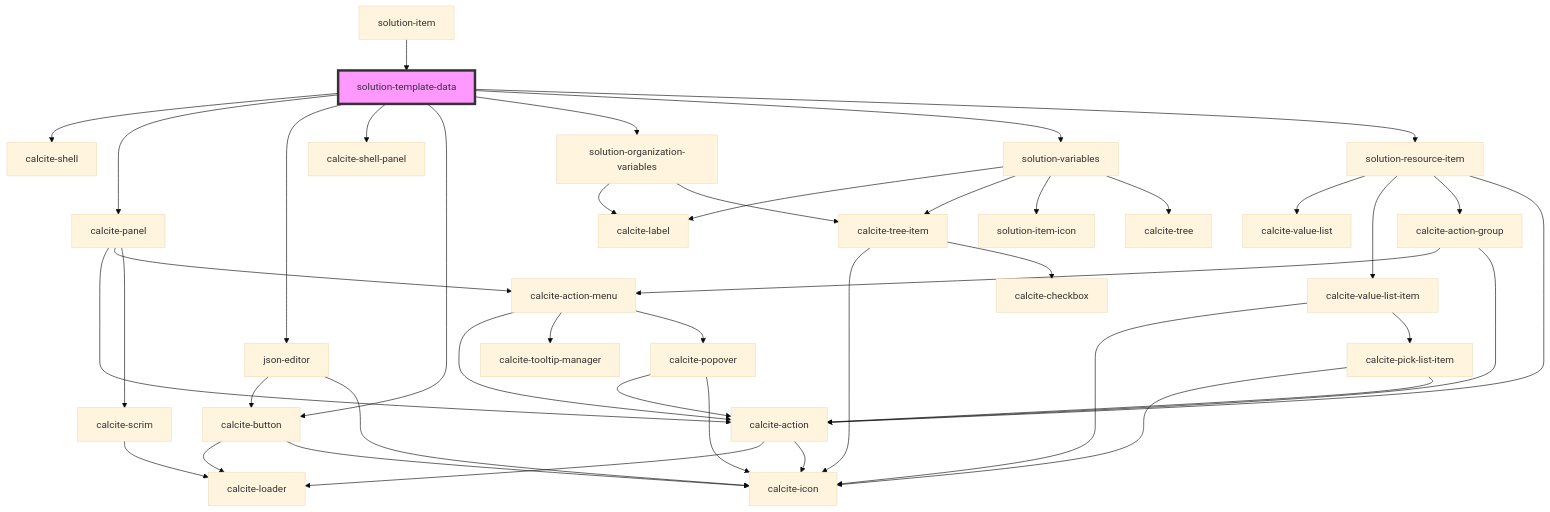
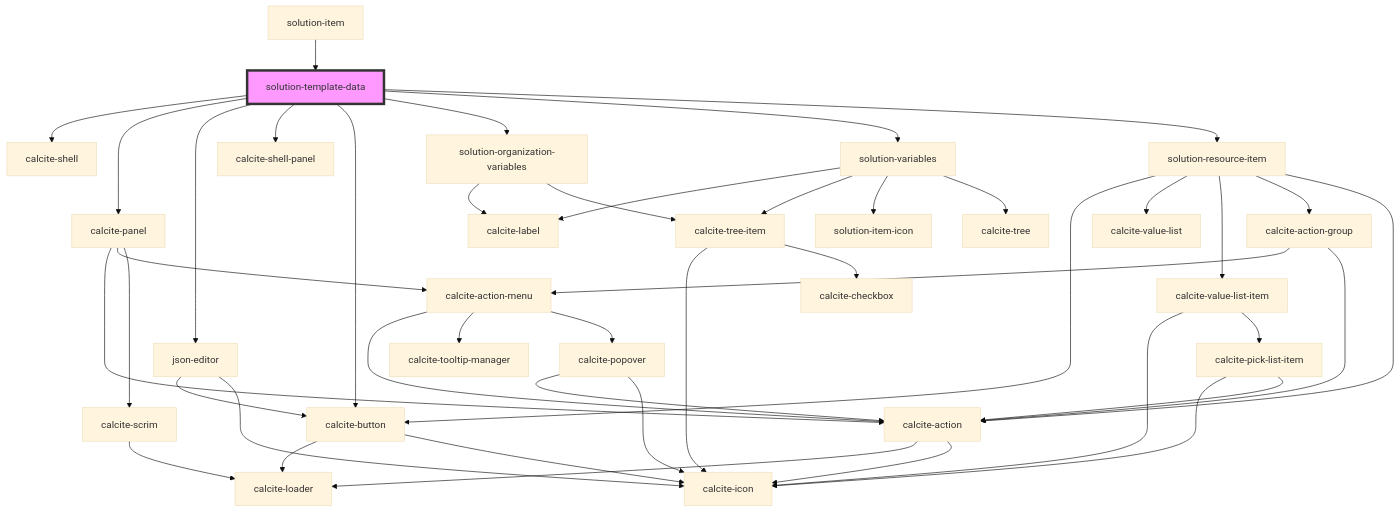
Before and after one commit to Esri/solutions-components: the diagram in src/components/solution-template-data/readme.md, drawn with Mermaid (base theme). The commit also changed 11 other files, not shown here.

````diff
--- a/src/components/solution-template-data/readme.md
+++ b/src/components/solution-template-data/readme.md
@@ -41,46 +41,47 @@
 ```mermaid
 graph TD;
   solution-template-data --> calcite-shell
   solution-template-data --> calcite-panel
   solution-template-data --> json-editor
   solution-template-data --> calcite-shell-panel
   solution-template-data --> calcite-button
   solution-template-data --> solution-organization-variables
   solution-template-data --> solution-variables
   solution-template-data --> solution-resource-item
   calcite-panel --> calcite-action
   calcite-panel --> calcite-action-menu
   calcite-panel --> calcite-scrim
   calcite-action --> calcite-loader
   calcite-action --> calcite-icon
   calcite-action-menu --> calcite-action
   calcite-action-menu --> calcite-tooltip-manager
   calcite-action-menu --> calcite-popover
   calcite-popover --> calcite-action
   calcite-popover --> calcite-icon
   calcite-scrim --> calcite-loader
   json-editor --> calcite-button
   json-editor --> calcite-icon
   calcite-button --> calcite-loader
   calcite-button --> calcite-icon
   solution-organization-variables --> calcite-label
   solution-organization-variables --> calcite-tree-item
   calcite-tree-item --> calcite-icon
   calcite-tree-item --> calcite-checkbox
   solution-variables --> calcite-label
   solution-variables --> calcite-tree-item
   solution-variables --> solution-item-icon
   solution-variables --> calcite-tree
+  solution-resource-item --> calcite-button
   solution-resource-item --> calcite-value-list
   solution-resource-item --> calcite-value-list-item
   solution-resource-item --> calcite-action-group
   solution-resource-item --> calcite-action
   calcite-value-list-item --> calcite-icon
   calcite-value-list-item --> calcite-pick-list-item
   calcite-pick-list-item --> calcite-icon
   calcite-pick-list-item --> calcite-action
   calcite-action-group --> calcite-action-menu
   calcite-action-group --> calcite-action
   solution-item --> solution-template-data
   style solution-template-data fill:#f9f,stroke:#333,stroke-width:4px
 ```
````
